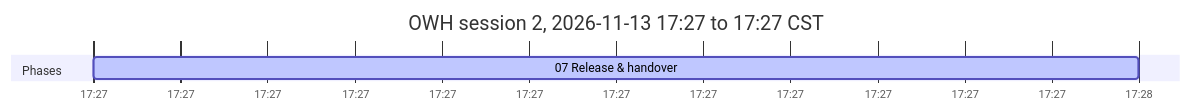
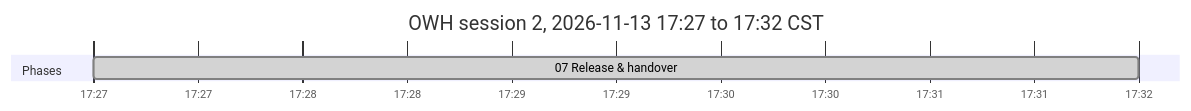
Before and after one commit to antonizick/OpenWebUI: the second of 2 diagrams in OWH_IMPLEMENTATION_PLAN.md, drawn with Mermaid. The commit also changed other lines of this file and 2 other files, not shown here.

Commit message:
docs(plan): refresh timeline

````diff
--- a/OWH_IMPLEMENTATION_PLAN.md
+++ b/OWH_IMPLEMENTATION_PLAN.md
@@ -65,8 +65,8 @@
 ```mermaid
 gantt
-    title OWH session 2, 2026-11-13 17:27 to 17:27 CST
+    title OWH session 2, 2026-11-13 17:27 to 17:32 CST
     dateFormat YYYY-MM-DD HH:mm
     axisFormat %H:%M
     section Phases
-    07 Release & handover :active, p07s2, 2026-11-13 17:27, 2026-11-13 17:28
+    07 Release & handover :done, p07s2, 2026-11-13 17:27, 2026-11-13 17:32
 ```
````
